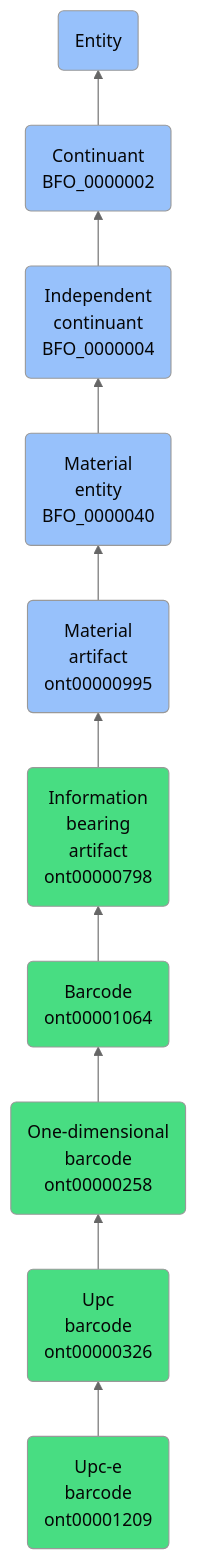
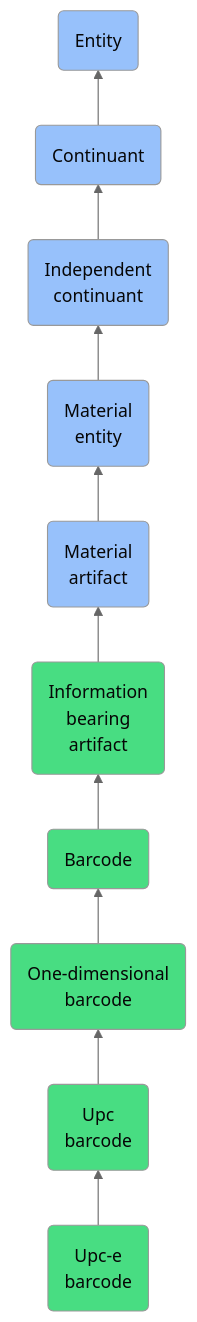
The diagram in docs/ontology/reference/model/Entity/Continuant/Independent continuant/Material entity/Material artifact/Information bearing artifact/Barcode/One-dimensional barcode/Upc barcode/Upc-e barcode/Upc-e barcode.md (jupyter-naas/abi), drawn with Mermaid (neutral theme) before and after one commit. The commit also changed other lines of this file and 1430 other files, not shown here.

````diff
--- a/docs/ontology/reference/model/Entity/Continuant/Independent continuant/Material entity/Material artifact/Information bearing artifact/Barcode/One-dimensional barcode/Upc barcode/Upc-e barcode/Upc-e barcode.md
+++ b/docs/ontology/reference/model/Entity/Continuant/Independent continuant/Material entity/Material artifact/Information bearing artifact/Barcode/One-dimensional barcode/Upc barcode/Upc-e barcode/Upc-e barcode.md
@@ -24,17 +24,17 @@
 ```mermaid
 graph BT
-    ont00001209(Upc-e<br>barcode<br>ont00001209):::ABI-->ont00000326
-    ont00000326(Upc<br>barcode<br>ont00000326):::ABI-->ont00000258
-    ont00000258(One-dimensional<br>barcode<br>ont00000258):::ABI-->ont00001064
-    ont00001064(Barcode<br>ont00001064):::ABI-->ont00000798
-    ont00000798(Information<br>bearing<br>artifact<br>ont00000798):::ABI-->ont00000995
-    ont00000995(Material<br>artifact<br>ont00000995):::BFO-->BFO_0000040
-    BFO_0000040(Material<br>entity<br>BFO_0000040):::BFO-->BFO_0000004
-    BFO_0000004(Independent<br>continuant<br>BFO_0000004):::BFO-->BFO_0000002
-    BFO_0000002(Continuant<br>BFO_0000002):::BFO-->BFO_0000001
+    ont00001209(Upc-e<br>barcode):::ABI-->ont00000326
+    ont00000326(Upc<br>barcode):::ABI-->ont00000258
+    ont00000258(One-dimensional<br>barcode):::ABI-->ont00001064
+    ont00001064(Barcode):::ABI-->ont00000798
+    ont00000798(Information<br>bearing<br>artifact):::ABI-->ont00000995
+    ont00000995(Material<br>artifact):::BFO-->BFO_0000040
+    BFO_0000040(Material<br>entity):::BFO-->BFO_0000004
+    BFO_0000004(Independent<br>continuant):::BFO-->BFO_0000002
+    BFO_0000002(Continuant):::BFO-->BFO_0000001
     BFO_0000001(Entity):::BFO
     
     classDef BFO fill:#97c1fb,color:#060606
     classDef CCO fill:#e4c51e,color:#060606
     classDef ABI fill:#48DD82,color:#060606
 ```
````
